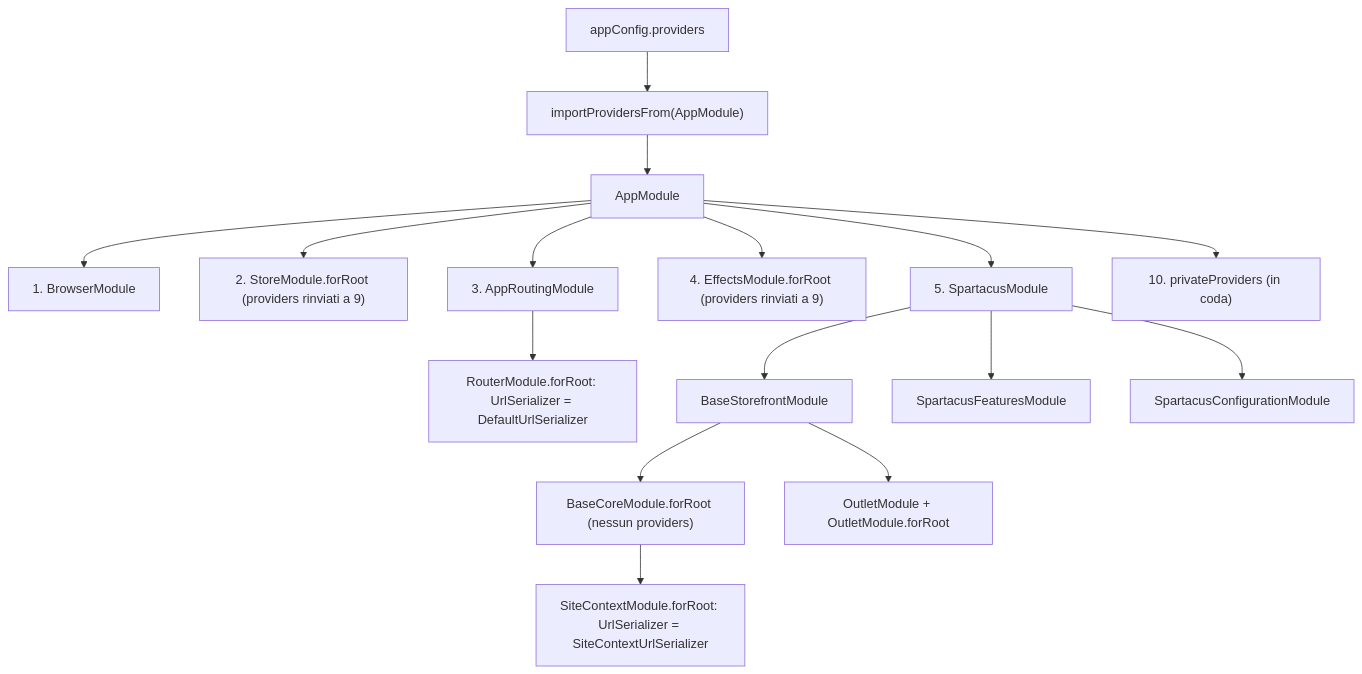
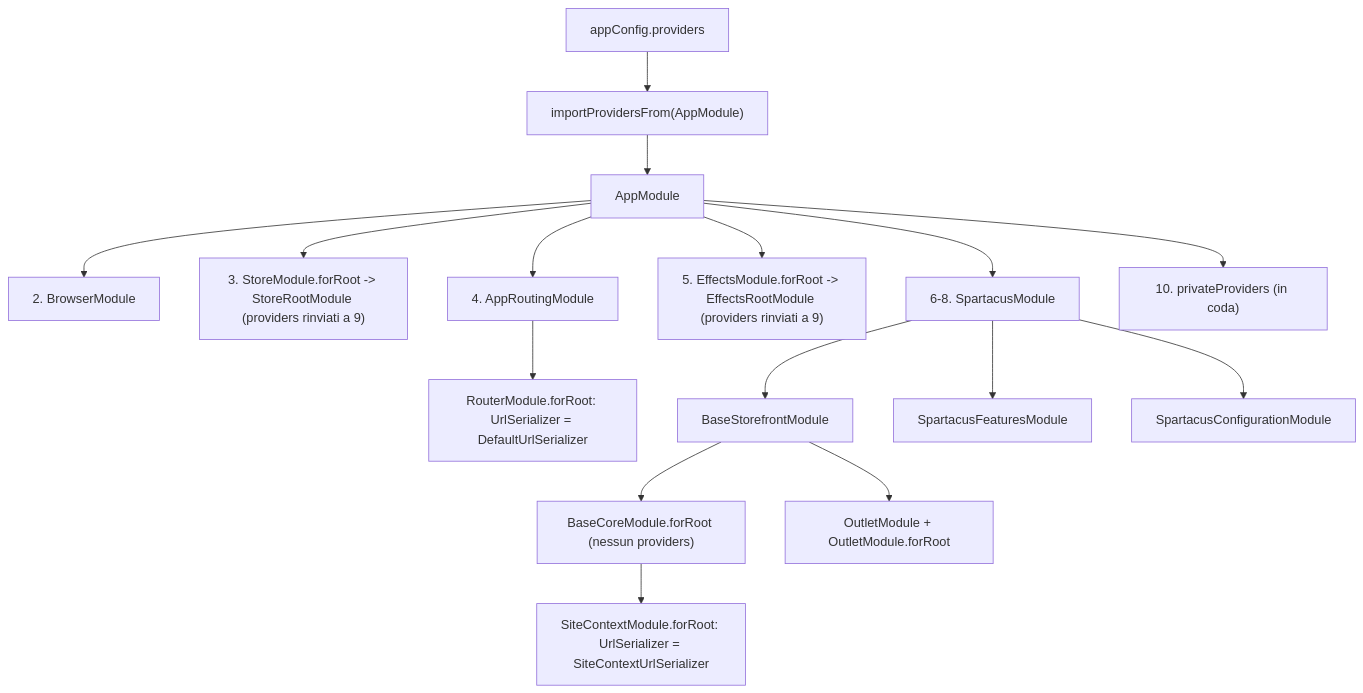
The fourth of 4 diagrams in docs/spartacus-book/parte-1/02-ngmodule-standalone-bootstrap.md (mgiuditta/spartacus), drawn with Mermaid before and after one commit. The commit also changed other lines of this file and 10 other files, not shown here.

````diff
--- a/docs/spartacus-book/parte-1/02-ngmodule-standalone-bootstrap.md
+++ b/docs/spartacus-book/parte-1/02-ngmodule-standalone-bootstrap.md
@@ -410,18 +410,18 @@
 ```mermaid
 flowchart TD
     CFG["appConfig.providers"] --> IPF["importProvidersFrom(AppModule)"]
     IPF --> AM["AppModule"]
-    AM --> BM["1. BrowserModule"]
-    AM --> SM["2. StoreModule.forRoot (providers rinviati a 9)"]
-    AM --> ARM["3. AppRoutingModule"]
+    AM --> BM["2. BrowserModule"]
+    AM --> SM["3. StoreModule.forRoot -> StoreRootModule (providers rinviati a 9)"]
+    AM --> ARM["4. AppRoutingModule"]
     ARM --> RMF["RouterModule.forRoot: UrlSerializer = DefaultUrlSerializer"]
-    AM --> EM["4. EffectsModule.forRoot (providers rinviati a 9)"]
-    AM --> SPM["5. SpartacusModule"]
+    AM --> EM["5. EffectsModule.forRoot -> EffectsRootModule (providers rinviati a 9)"]
+    AM --> SPM["6-8. SpartacusModule"]
     SPM --> BSM["BaseStorefrontModule"]
     BSM --> BCM["BaseCoreModule.forRoot (nessun providers)"]
     BCM --> SCM["SiteContextModule.forRoot: UrlSerializer = SiteContextUrlSerializer"]
     BSM --> OFR["OutletModule + OutletModule.forRoot"]
     SPM --> SFM["SpartacusFeaturesModule"]
     SPM --> SCFG["SpartacusConfigurationModule"]
     AM --> PP["10. privateProviders (in coda)"]
 ```
````
